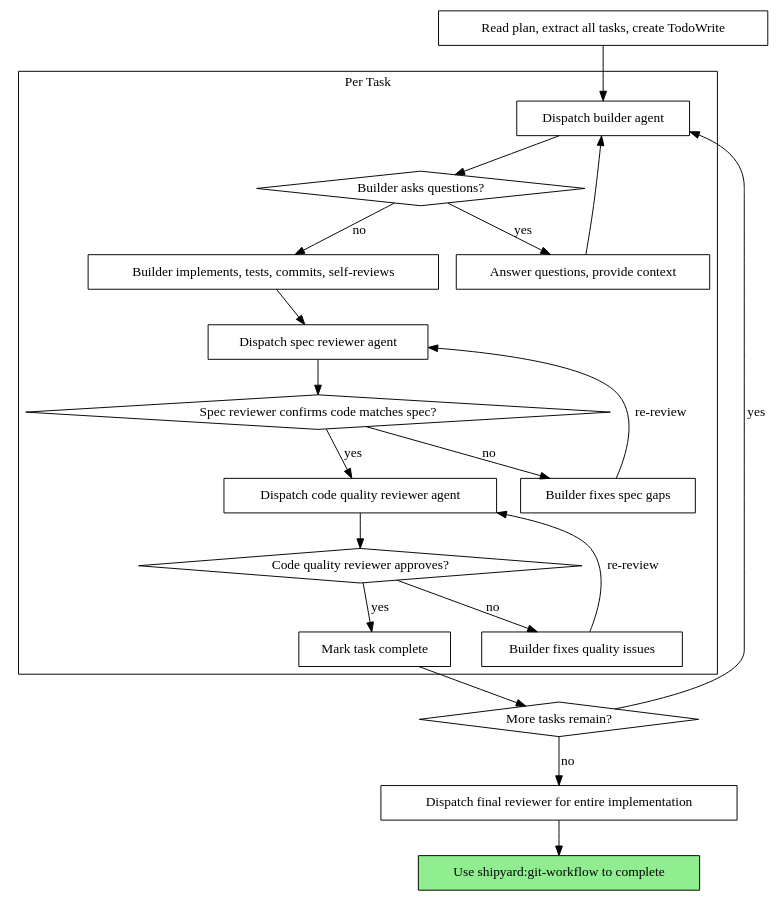
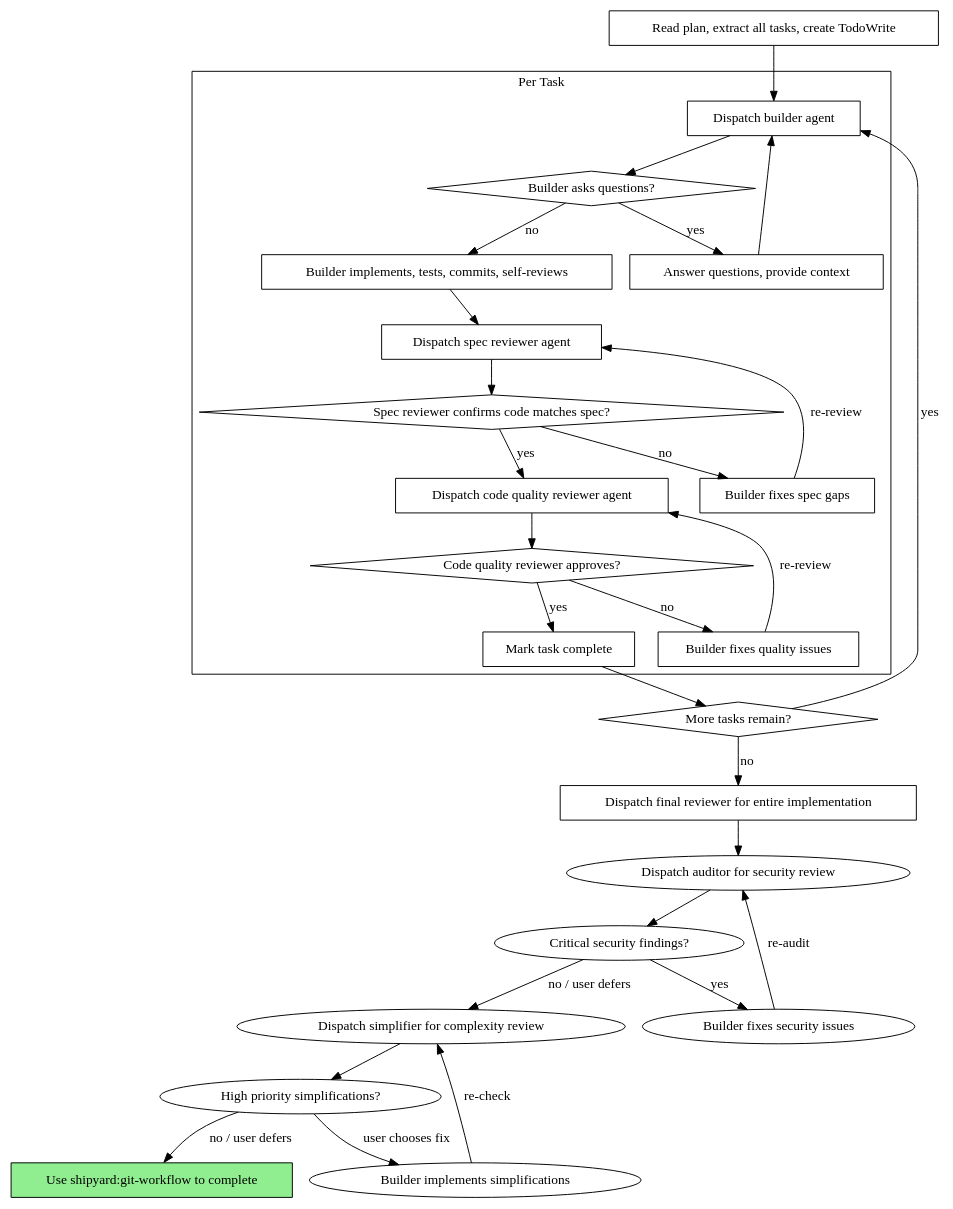
Before and after one commit to lgbarn/shipyard: the second of 2 diagrams in skills/shipyard-executing-plans/SKILL.md, drawn with Graphviz. The commit also changed other lines of this file and 16 other files, not shown here.

````diff
--- a/skills/shipyard-executing-plans/SKILL.md
+++ b/skills/shipyard-executing-plans/SKILL.md
@@ -63,44 +63,52 @@
 ```dot
 digraph process {
     rankdir=TB;
 
     subgraph cluster_per_task {
         label="Per Task";
         "Dispatch builder agent" [shape=box];
         "Builder asks questions?" [shape=diamond];
         "Answer questions, provide context" [shape=box];
         "Builder implements, tests, commits, self-reviews" [shape=box];
         "Dispatch spec reviewer agent" [shape=box];
         "Spec reviewer confirms code matches spec?" [shape=diamond];
         "Builder fixes spec gaps" [shape=box];
         "Dispatch code quality reviewer agent" [shape=box];
         "Code quality reviewer approves?" [shape=diamond];
         "Builder fixes quality issues" [shape=box];
         "Mark task complete" [shape=box];
     }
 
     "Read plan, extract all tasks, create TodoWrite" [shape=box];
     "More tasks remain?" [shape=diamond];
     "Dispatch final reviewer for entire implementation" [shape=box];
     "Use shipyard:git-workflow to complete" [shape=box style=filled fillcolor=lightgreen];
 
     "Read plan, extract all tasks, create TodoWrite" -> "Dispatch builder agent";
     "Dispatch builder agent" -> "Builder asks questions?";
     "Builder asks questions?" -> "Answer questions, provide context" [label="yes"];
     "Answer questions, provide context" -> "Dispatch builder agent";
     "Builder asks questions?" -> "Builder implements, tests, commits, self-reviews" [label="no"];
     "Builder implements, tests, commits, self-reviews" -> "Dispatch spec reviewer agent";
     "Dispatch spec reviewer agent" -> "Spec reviewer confirms code matches spec?";
     "Spec reviewer confirms code matches spec?" -> "Builder fixes spec gaps" [label="no"];
     "Builder fixes spec gaps" -> "Dispatch spec reviewer agent" [label="re-review"];
     "Spec reviewer confirms code matches spec?" -> "Dispatch code quality reviewer agent" [label="yes"];
     "Dispatch code quality reviewer agent" -> "Code quality reviewer approves?";
     "Code quality reviewer approves?" -> "Builder fixes quality issues" [label="no"];
     "Builder fixes quality issues" -> "Dispatch code quality reviewer agent" [label="re-review"];
     "Code quality reviewer approves?" -> "Mark task complete" [label="yes"];
     "Mark task complete" -> "More tasks remain?";
     "More tasks remain?" -> "Dispatch builder agent" [label="yes"];
     "More tasks remain?" -> "Dispatch final reviewer for entire implementation" [label="no"];
-    "Dispatch final reviewer for entire implementation" -> "Use shipyard:git-workflow to complete";
+    "Dispatch final reviewer for entire implementation" -> "Dispatch auditor for security review";
+    "Dispatch auditor for security review" -> "Critical security findings?" [shape=diamond];
+    "Critical security findings?" -> "Builder fixes security issues" [label="yes"];
+    "Builder fixes security issues" -> "Dispatch auditor for security review" [label="re-audit"];
+    "Critical security findings?" -> "Dispatch simplifier for complexity review" [label="no / user defers"];
+    "Dispatch simplifier for complexity review" -> "High priority simplifications?" [shape=diamond];
+    "High priority simplifications?" -> "Builder implements simplifications" [label="user chooses fix"];
+    "Builder implements simplifications" -> "Dispatch simplifier for complexity review" [label="re-check"];
+    "High priority simplifications?" -> "Use shipyard:git-workflow to complete" [label="no / user defers"];
 }
 ```
````
